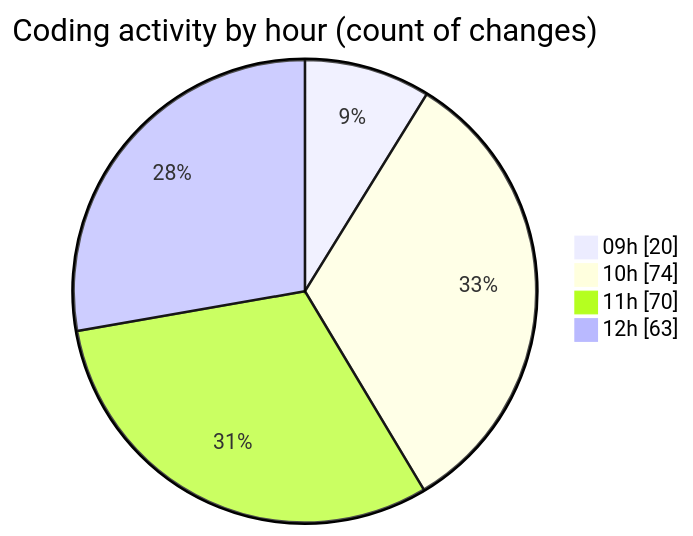
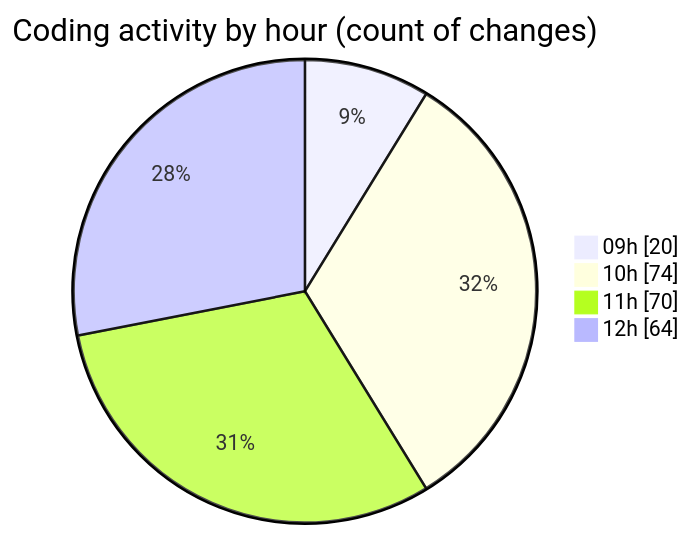
One commit to CELIANVF/code-tracking changed the second of 2 diagrams in 2025-06-06/ecodeli-1/README.md. Above: the diagram before and after it, drawn with Mermaid. The commit also changed other lines of this file and 1 other file, not shown here.

````diff
--- a/2025-06-06/ecodeli-1/README.md
+++ b/2025-06-06/ecodeli-1/README.md
@@ -94,8 +94,8 @@
 ```mermaid
 pie showData
 title Coding activity by hour (count of changes)
 "09h" : 20
 "10h" : 74
 "11h" : 70
-"12h" : 63
+"12h" : 64
 ```
````
